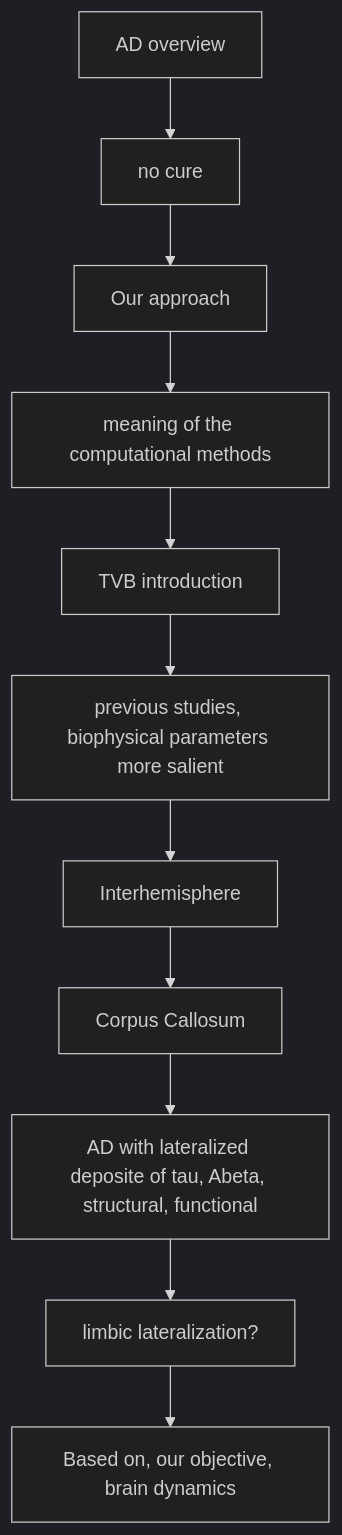
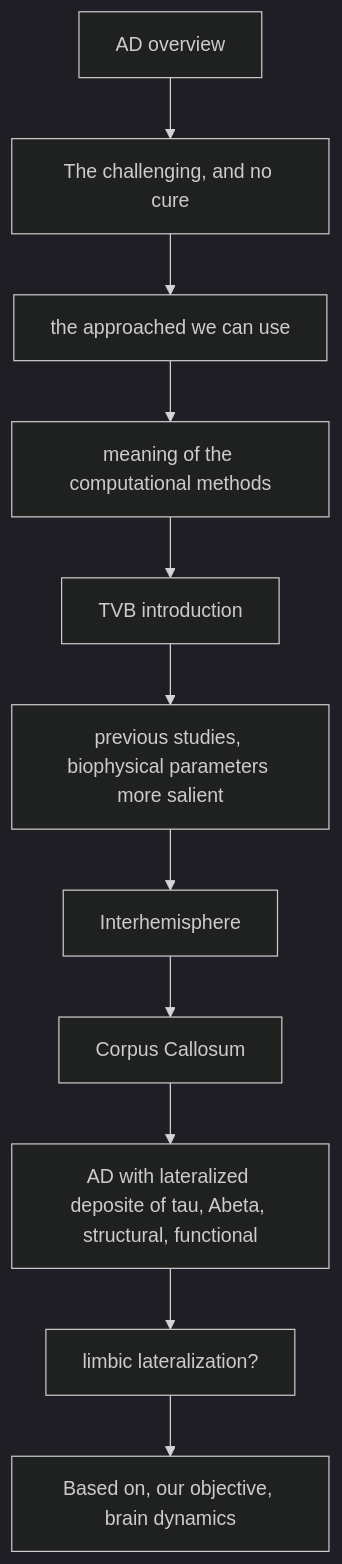
The diagram in alzheimer.md (yilewang/Gc_detect_script), drawn with Mermaid (dark theme) before and after one commit.

Commit message:
update the flowchart

````diff
--- a/alzheimer.md
+++ b/alzheimer.md
@@ -18,13 +18,13 @@
 ```mermaid
 flowchart TD
-	A[AD overview] --> B[no cure];
-	B --> C[Our approach];
+	A[AD overview] --> B[The challenging, and no cure];
+	B --> C[the approached we can use];
 	C --> D[meaning of the computational methods];
 	D --> E[TVB introduction];
 	E --> F[previous studies, biophysical parameters more salient];
 	F --> G[Interhemisphere];
 	G --> H[Corpus Callosum];
 	H --> I[AD with lateralized deposite of tau, Abeta, structural, functional];
 	I --> J[limbic lateralization?];
 	J --> K[Based on, our objective, brain dynamics];
 ```
````
